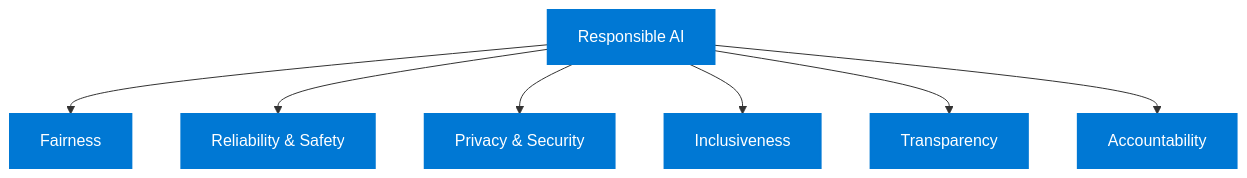
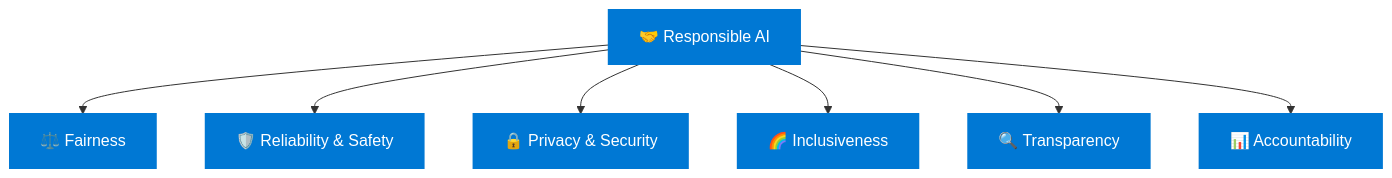
Before and after one commit to AaronCWacker/AzureModels4AI: the third of 5 diagrams in Azure Cosmos DB Copilot.md, drawn with Mermaid. The commit also changed other lines of this file, not shown here.

````diff
--- a/Azure Cosmos DB Copilot.md
+++ b/Azure Cosmos DB Copilot.md
@@ -34,27 +33,24 @@
 ```mermaid
 graph TD
-    A[Responsible AI]
-    B[Fairness]
-    C[Reliability & Safety]
-    D[Privacy & Security]
-    E[Inclusiveness]
-    F[Transparency]
-    G[Accountability]
-
+    A[🤝 Responsible AI]
+    B[⚖️ Fairness]
+    C[🛡️ Reliability & Safety]
+    D[🔒 Privacy & Security]
+    E[🌈 Inclusiveness]
+    F[🔍 Transparency]
+    G[📊 Accountability]
     A --> B
     A --> C
     A --> D
     A --> E
     A --> F
     A --> G
-
     style A fill:#0078D4,color:#ffffff,stroke:#0078D4,stroke-width:2px
     style B fill:#0078D4,color:#ffffff,stroke:#0078D4,stroke-width:2px
     style C fill:#0078D4,color:#ffffff,stroke:#0078D4,stroke-width:2px
     style D fill:#0078D4,color:#ffffff,stroke:#0078D4,stroke-width:2px
     style E fill:#0078D4,color:#ffffff,stroke:#0078D4,stroke-width:2px
     style F fill:#0078D4,color:#ffffff,stroke:#0078D4,stroke-width:2px
     style G fill:#0078D4,color:#ffffff,stroke:#0078D4,stroke-width:2px
-
     classDef default fill:#0078D4,color:#ffffff,stroke:#0078D4,stroke-width:2px;
 ```
````
